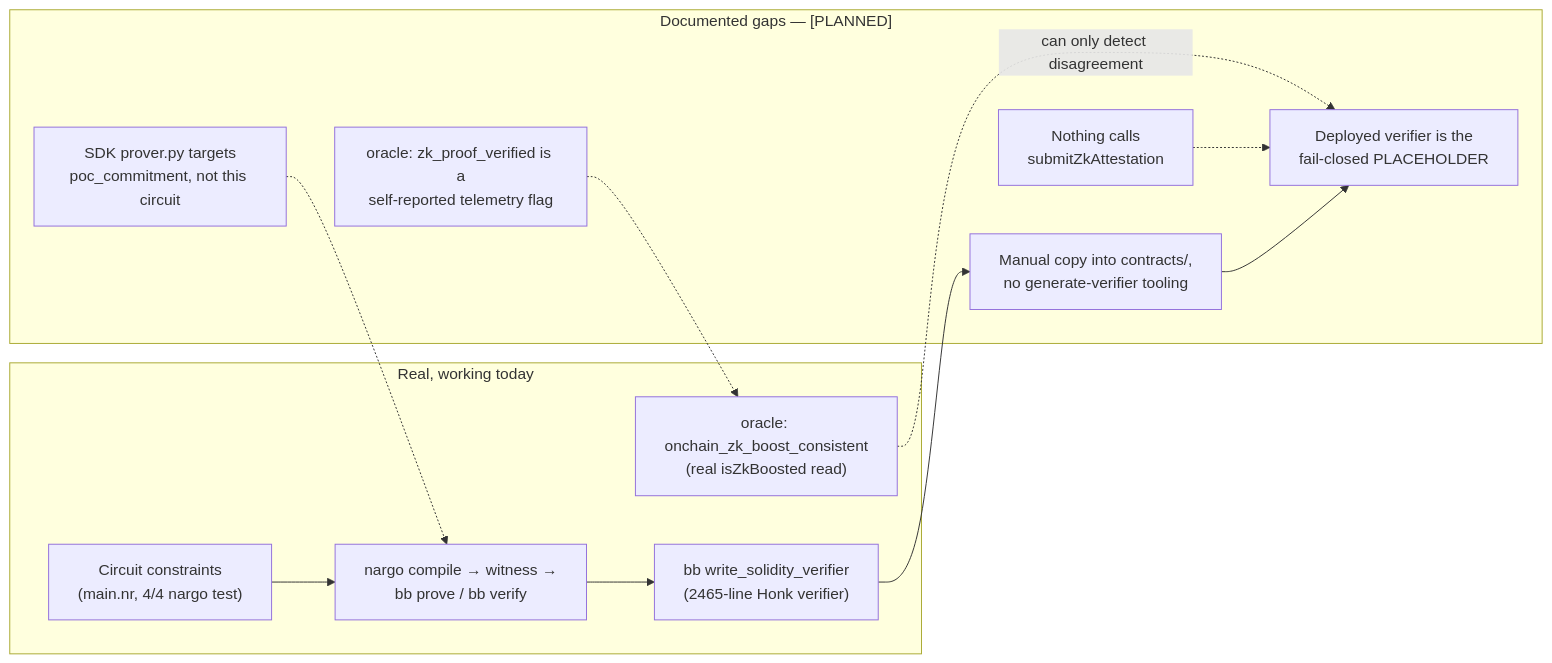
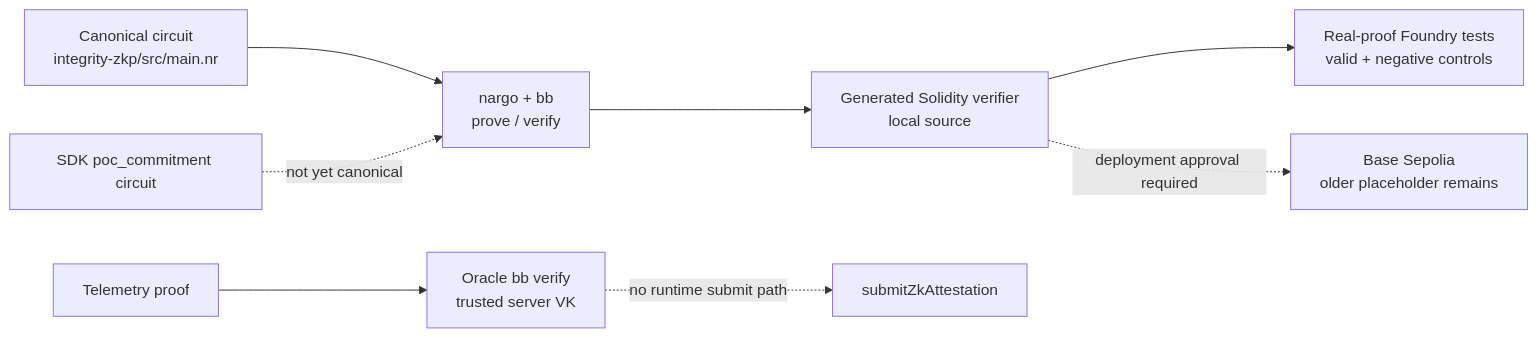
Before and after one commit to XibalbaTechSol/integrity-core: the diagram in docs/wiki/concepts/zkp.md, drawn with Mermaid. The commit also changed other lines of this file and 43 other files, not shown here.

````diff
--- a/docs/wiki/concepts/zkp.md
+++ b/docs/wiki/concepts/zkp.md
@@ -239,22 +178,11 @@
 ```mermaid
 flowchart LR
-    subgraph Real["Real, working today"]
-        Circuit["Circuit constraints<br/>(main.nr, 4/4 nargo test)"]
-        Prove["nargo compile → witness →<br/>bb prove / bb verify"]
-        Verifier["bb write_solidity_verifier<br/>(2465-line Honk verifier)"]
-        OracleChain["oracle: onchain_zk_boost_consistent<br/>(real isZkBoosted read)"]
-    end
-    subgraph Gaps["Documented gaps — [PLANNED]"]
-        Handoff["Manual copy into contracts/,<br/>no generate-verifier tooling"]
-        Deployed["Deployed verifier is the<br/>fail-closed PLACEHOLDER"]
-        SDKProver["SDK prover.py targets<br/>poc_commitment, not this circuit"]
-        Submit["Nothing calls<br/>submitZkAttestation"]
-        OracleFlag["oracle: zk_proof_verified is a<br/>self-reported telemetry flag"]
-    end
+    Circuit["Canonical circuit<br/>integrity-zkp/src/main.nr"] --> BB["nargo + bb<br/>prove / verify"]
+    BB --> Generated["Generated Solidity verifier<br/>local source"]
+    Generated --> Foundry["Real-proof Foundry tests<br/>valid + negative controls"]
+    Telemetry["Telemetry proof"] --> Oracle["Oracle bb verify<br/>trusted server VK"]
 
-    Circuit --> Prove --> Verifier --> Handoff --> Deployed
-    SDKProver -.-> Prove
-    Submit -.-> Deployed
-    OracleFlag -.-> OracleChain
-    OracleChain -.->|can only detect disagreement| Deployed
+    SDK["SDK poc_commitment circuit"] -. "not yet canonical" .-> BB
+    Generated -. "deployment approval required" .-> Base["Base Sepolia<br/>older placeholder remains"]
+    Oracle -. "no runtime submit path" .-> Registry["submitZkAttestation"]
 ```
````
